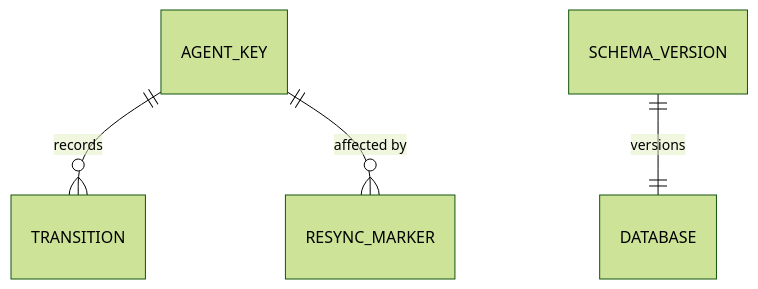
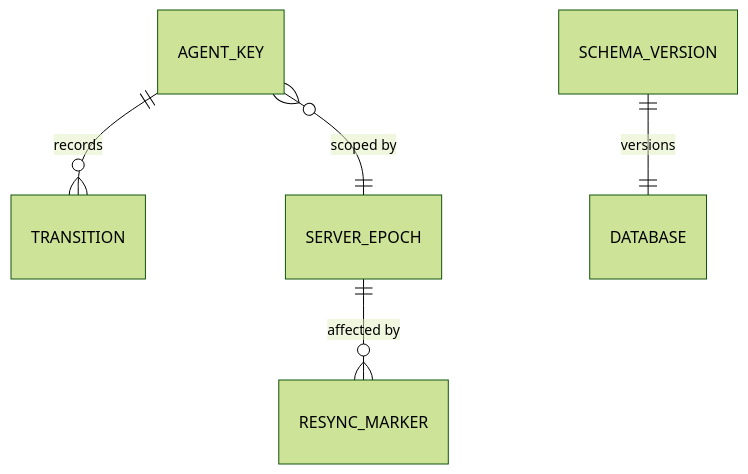
One commit to vilosource/herddash changed the third of 3 diagrams in docs/planning/architecture/architecture-herddash-2026-10-14/ARCHITECTURE-SPINE.md. Above: the diagram before and after it, drawn with Mermaid (forest theme). The commit also changed other lines of this file and 19 other files, not shown here.

First line of the commit message:
docs(architecture): finalize the architecture spine and ADRs 0004 to 0007

````diff
--- a/docs/planning/architecture/architecture-herddash-2026-10-14/ARCHITECTURE-SPINE.md
+++ b/docs/planning/architecture/architecture-herddash-2026-10-14/ARCHITECTURE-SPINE.md
@@ -218,6 +304,7 @@
 ```mermaid
 erDiagram
   AGENT_KEY ||--o{ TRANSITION : records
-  AGENT_KEY ||--o{ RESYNC_MARKER : "affected by"
+  AGENT_KEY }o--|| SERVER_EPOCH : "scoped by"
+  SERVER_EPOCH ||--o{ RESYNC_MARKER : "affected by"
   SCHEMA_VERSION ||--|| DATABASE : versions
 ```
````
